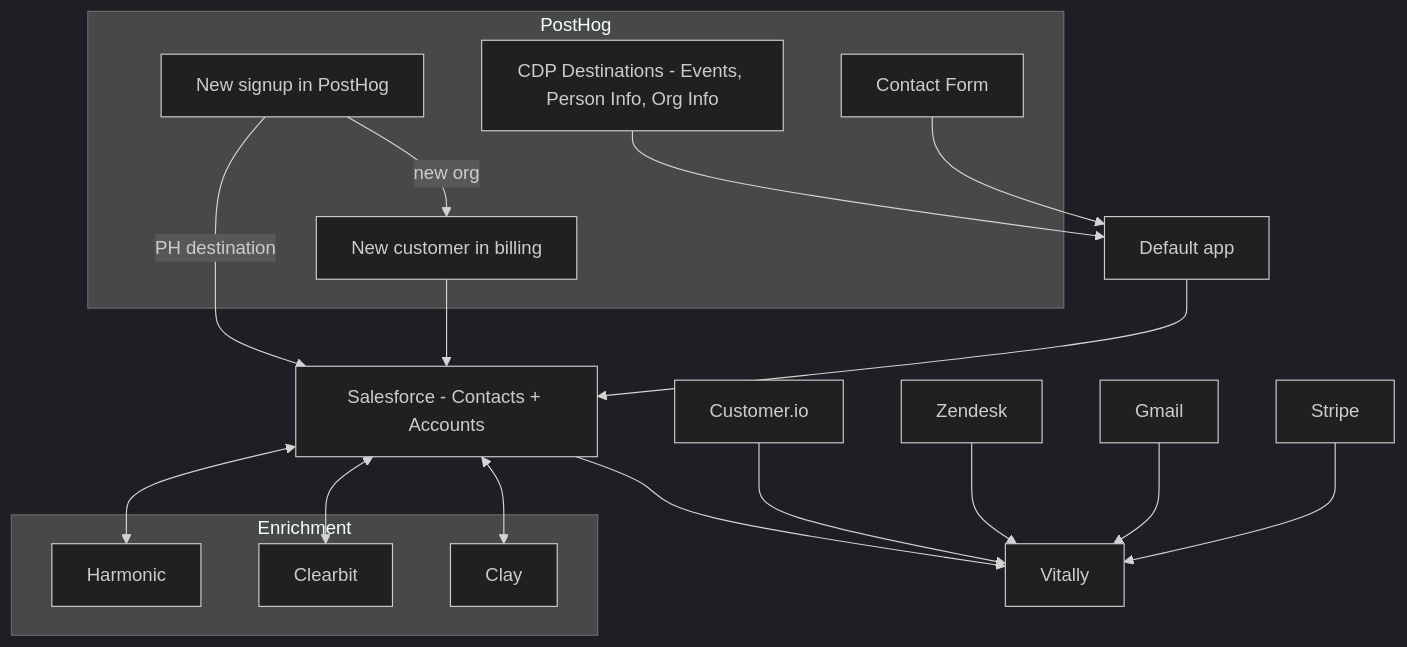
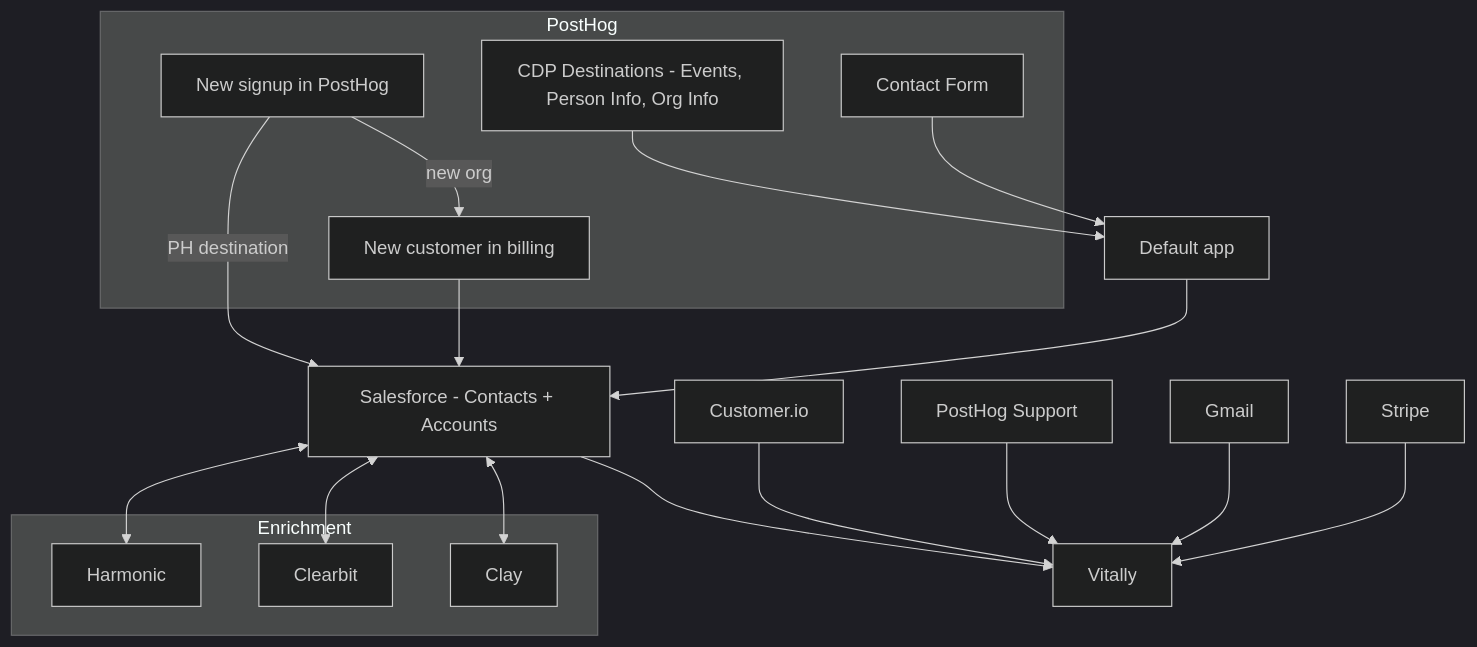
One commit to PostHog/posthog.com changed the second of 2 diagrams in contents/handbook/growth/sales/outbound-sales.md. Above: the diagram before and after it, drawn with Mermaid (dark theme). The commit also changed 31 other files, not shown here.

First line of the commit message:
Move support handbook from Zendesk to PostHog Support

````diff
--- a/contents/handbook/growth/sales/outbound-sales.md
+++ b/contents/handbook/growth/sales/outbound-sales.md
@@ -293,34 +293,34 @@
 ```mermaid
 graph TD
     subgraph PostHog
         PH[New signup in PostHog]
         CDP[CDP Destinations - Events, Person Info, Org Info]
         CF[Contact Form]
         BILLING[New customer in billing]
     end
 
     subgraph Enrichment
         HARMONIC[Harmonic]
         CLEARBIT[Clearbit]
         CLAY[Clay]
     end
 
     PH -- "PH destination" --> SF
     PH -- "new org" --> BILLING
     CDP --> DEFAULT[Default app]
     CF --> DEFAULT
     DEFAULT --> SF
 
     SF[Salesforce - Contacts + Accounts]
 
     SF <--> HARMONIC
     SF <--> CLEARBIT
     SF <--> CLAY
     BILLING --> SF
 
     SF --> VITALLY[Vitally]
     CIO[Customer.io] --> VITALLY
-    ZENDESK[Zendesk] --> VITALLY
+    SUPPORT[PostHog Support] --> VITALLY
     GMAIL[Gmail] --> VITALLY
     STRIPE[Stripe] --> VITALLY
 ```
````
